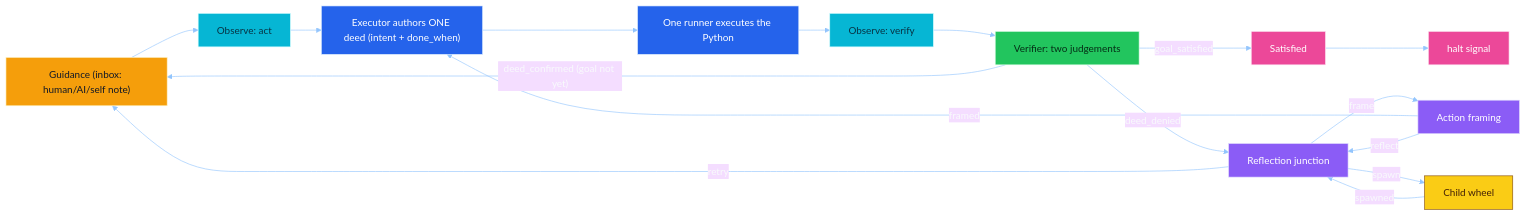
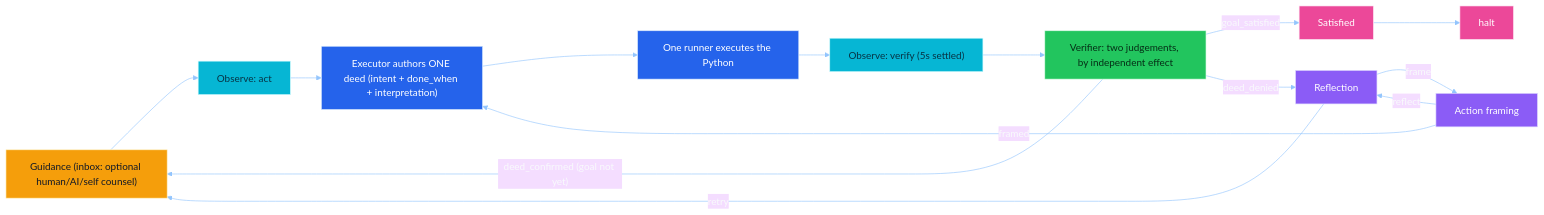
Before and after one commit to wgabrys88/endgame-ai: the second of 3 diagrams in README.md, drawn with Mermaid. The commit also changed other lines of this file, not shown here.

````diff
--- a/README.md
+++ b/README.md
@@ -152,33 +90,29 @@
 ```mermaid
 %%{init: {"theme":"base","themeVariables":{"background":"#0f172a","primaryTextColor":"#f8fafc","lineColor":"#93c5fd"}}}%%
 flowchart LR
-    GUIDE["Guidance (inbox: human/AI/self note)"] --> OA["Observe: act"]
-    OA --> EX["Executor authors ONE deed (intent + done_when)"]
+    GUIDE["Guidance (inbox: optional human/AI/self counsel)"] --> OA["Observe: act"]
+    OA --> EX["Executor authors ONE deed (intent + done_when + interpretation)"]
     EX --> RUN["One runner executes the Python"]
-    RUN --> OV["Observe: verify"]
-    OV --> VER["Verifier: two judgements"]
+    RUN --> OV["Observe: verify (5s settled)"]
+    OV --> VER["Verifier: two judgements, by independent effect"]
     VER -->|"deed_confirmed (goal not yet)"| GUIDE
     VER -->|"goal_satisfied"| SAT["Satisfied"]
-    VER -->|"deed_denied"| REF["Reflection junction"]
+    VER -->|"deed_denied"| REF["Reflection"]
     REF -->|"retry"| GUIDE
     REF -->|"frame"| FR["Action framing"]
-    REF -->|"spawn"| SP["Child wheel"]
     FR -->|"framed"| EX
     FR -->|"reflect"| REF
-    SP -->|"spawned"| REF
-    SAT --> HALT["halt signal"]
+    SAT --> HALT["halt"]
     classDef counsel fill:#f59e0b,stroke:#fef3c7,color:#111827;
     classDef eye fill:#06b6d4,stroke:#cffafe,color:#083344;
     classDef thought fill:#8b5cf6,stroke:#ddd6fe,color:#ffffff;
     classDef hand fill:#2563eb,stroke:#dbeafe,color:#ffffff;
     classDef proof fill:#22c55e,stroke:#dcfce7,color:#052e16;
-    classDef fractal fill:#facc15,stroke:#854d0e,color:#422006;
     classDef rest fill:#ec4899,stroke:#fce7f3,color:#ffffff;
     class GUIDE counsel;
     class OA,OV eye;
     class REF,FR thought;
     class EX,RUN hand;
     class VER proof;
-    class SP fractal;
     class SAT,HALT rest;
 ```
````
